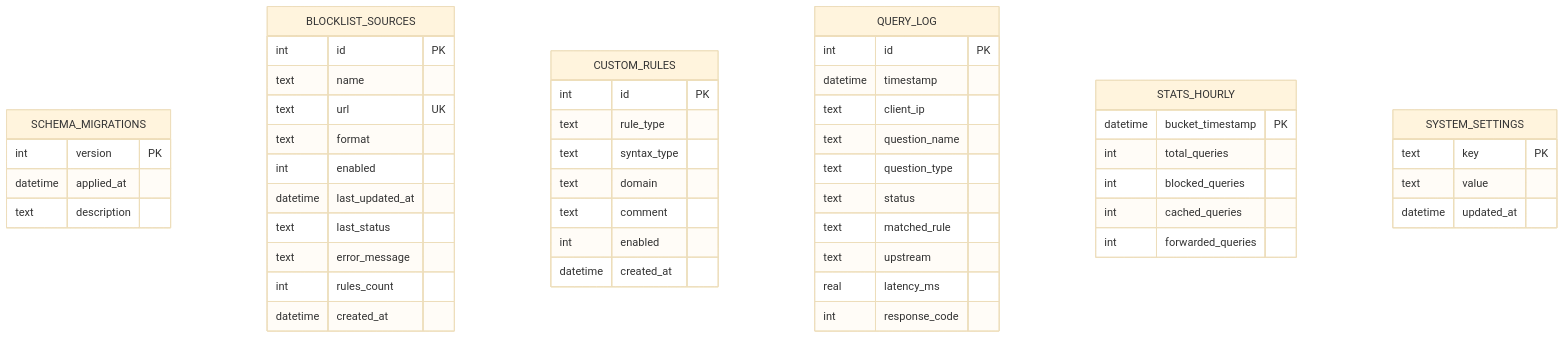
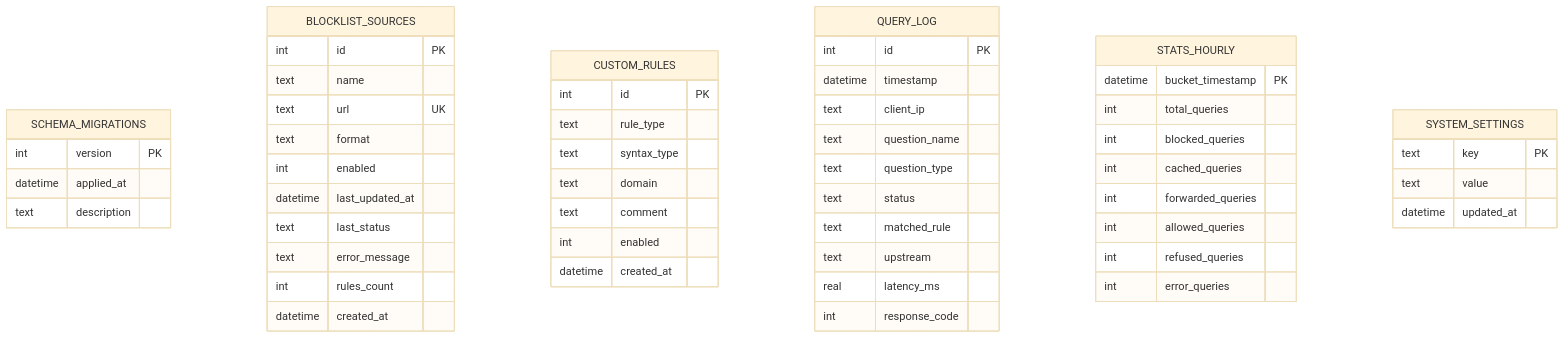
One commit to mimircore/ph-reqKO changed the fourth of 4 diagrams in docs/03-architecture.md. Above: the diagram before and after it, drawn with Mermaid (base theme). The commit also changed other lines of this file and 1 other file, not shown here.

Commit message:
docs: fix objective 3 architecture issues

````diff
--- a/docs/03-architecture.md
+++ b/docs/03-architecture.md
@@ -334,58 +355,61 @@
 ```mermaid
 erDiagram
     SCHEMA_MIGRATIONS {
         int version PK
         datetime applied_at
         text description
     }
 
     BLOCKLIST_SOURCES {
         int id PK
         text name
         text url UK
         text format
         int enabled
         datetime last_updated_at
         text last_status
         text error_message
         int rules_count
         datetime created_at
     }
 
     CUSTOM_RULES {
         int id PK
         text rule_type
         text syntax_type
         text domain
         text comment
         int enabled
         datetime created_at
     }
 
     QUERY_LOG {
         int id PK
         datetime timestamp
         text client_ip
         text question_name
         text question_type
         text status
         text matched_rule
         text upstream
         real latency_ms
         int response_code
     }
 
     STATS_HOURLY {
         datetime bucket_timestamp PK
         int total_queries
         int blocked_queries
         int cached_queries
         int forwarded_queries
+        int allowed_queries
+        int refused_queries
+        int error_queries
     }
 
     SYSTEM_SETTINGS {
         text key PK
         text value
         datetime updated_at
     }
 ```
````
